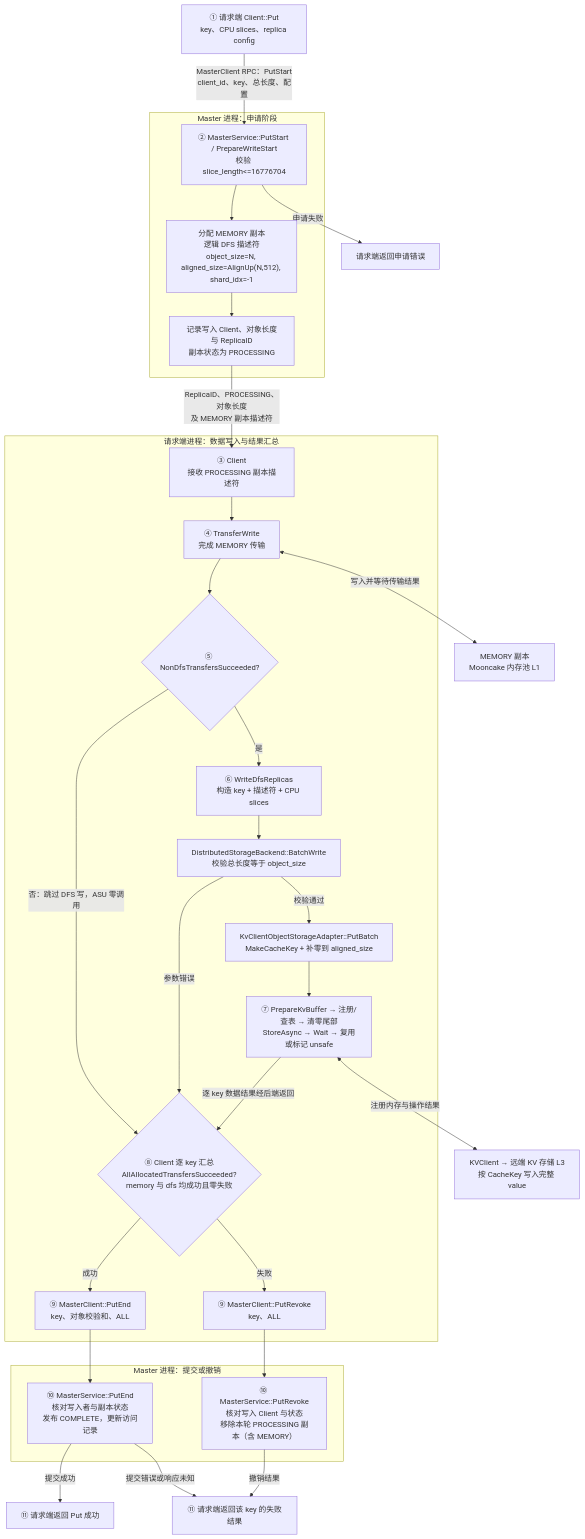
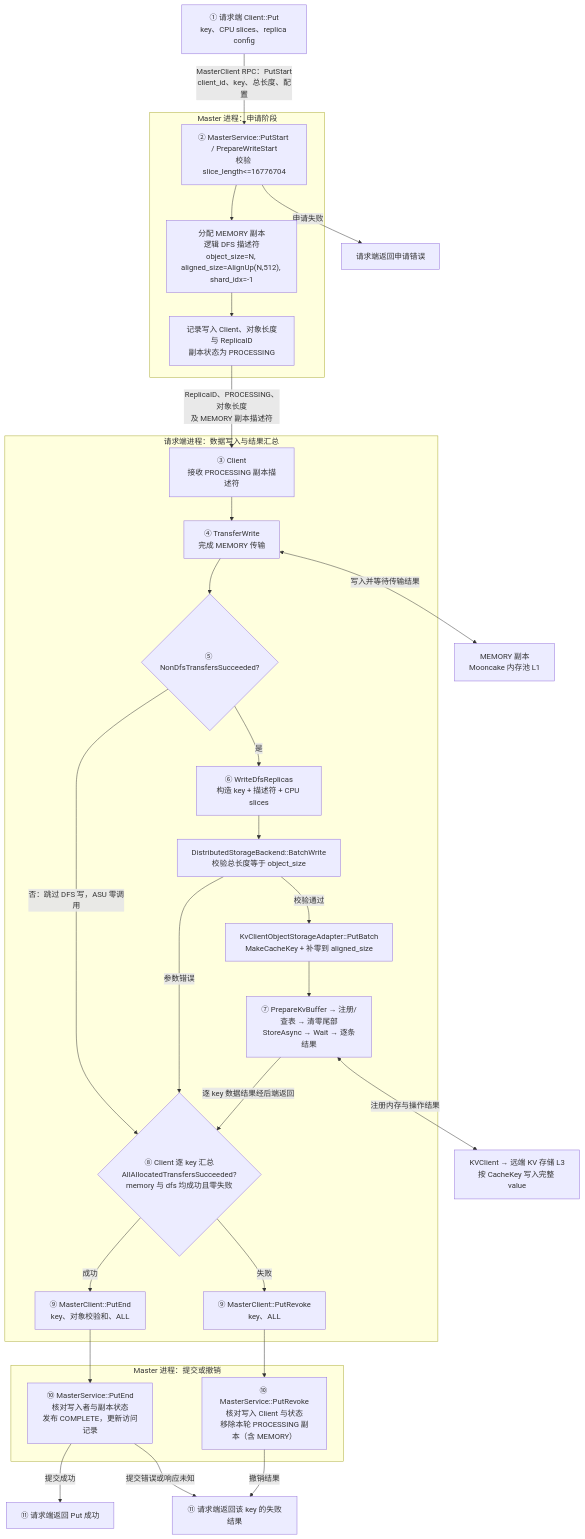
One commit to zwj20000328-dotcom/Mooncake-documents changed the fourth of 13 diagrams in Mooncake + KVClient L3 接入（Kvcs）- v3.md. Above: the diagram before and after it, drawn with Mermaid. The commit also changed other lines of this file, not shown here.

First line of the commit message:
docs: drop the unsafe marking and the adapter Shutdown helper

````diff
--- a/Mooncake + KVClient L3 接入（Kvcs）- v3.md
+++ b/Mooncake + KVClient L3 接入（Kvcs）- v3.md
@@ -321,60 +319,60 @@
 ```mermaid
 flowchart TB
     C1["① 请求端 Client::Put<br/>key、CPU slices、replica config"]
 
     subgraph MasterStart["Master 进程：申请阶段"]
         START["② MasterService::PutStart / PrepareWriteStart<br/>校验 slice_length<=16776704"]
         ALLOC["分配 MEMORY 副本<br/>逻辑 DFS 描述符<br/>object_size=N, aligned_size=AlignUp(N,512), shard_idx=-1"]
         META["记录写入 Client、对象长度与 ReplicaID<br/>副本状态为 PROCESSING"]
 
         START --> ALLOC
         ALLOC --> META
     end
 
     subgraph Request["请求端进程：数据写入与结果汇总"]
         C2["③ Client<br/>接收 PROCESSING 副本描述符"]
         T["④ TransferWrite<br/>完成 MEMORY 传输"]
         GATE{"⑤ NonDfsTransfersSucceeded?"}
         W["⑥ WriteDfsReplicas<br/>构造 key + 描述符 + CPU slices"]
         B["DistributedStorageBackend::BatchWrite<br/>校验总长度等于 object_size"]
         O["KvClientObjectStorageAdapter::PutBatch<br/>MakeCacheKey + 补零到 aligned_size"]
-        D["⑦ PrepareKvBuffer → 注册/查表 → 清零尾部<br/>StoreAsync → Wait → 复用或标记 unsafe"]
+        D["⑦ PrepareKvBuffer → 注册/查表 → 清零尾部<br/>StoreAsync → Wait → 逐条结果"]
         J{"⑧ Client 逐 key 汇总<br/>AllAllocatedTransfersSucceeded?<br/>memory 与 dfs 均成功且零失败"}
         END["⑨ MasterClient::PutEnd<br/>key、对象校验和、ALL"]
         REVOKE["⑨ MasterClient::PutRevoke<br/>key、ALL"]
 
         C2 --> T
         T --> GATE
         GATE -->|"是"| W
         GATE -->|"否：跳过 DFS 写，ASU 零调用"| J
         W --> B
         B -->|"校验通过"| O
         B -->|"参数错误"| J
         O --> D
         D -->|"逐 key 数据结果经后端返回"| J
         J -->|"成功"| END
         J -->|"失败"| REVOKE
     end
 
     subgraph MasterFinish["Master 进程：提交或撤销"]
         COMMIT["⑩ MasterService::PutEnd<br/>核对写入者与副本状态<br/>发布 COMPLETE，更新访问记录"]
         ABORT["⑩ MasterService::PutRevoke<br/>核对写入 Client 与状态<br/>移除本轮 PROCESSING 副本（含 MEMORY）"]
     end
 
     OK["⑪ 请求端返回 Put 成功"]
     FAIL["⑪ 请求端返回该 key 的失败结果"]
     REJECT["请求端返回申请错误"]
     RAM["MEMORY 副本<br/>Mooncake 内存池 L1"]
     S["KVClient → 远端 KV 存储 L3<br/>按 CacheKey 写入完整 value"]
 
     C1 -->|"MasterClient RPC：PutStart<br/>client_id、key、总长度、配置"| START
     START -->|"申请失败"| REJECT
     META -->|"ReplicaID、PROCESSING、对象长度<br/>及 MEMORY 副本描述符"| C2
     T <-->|"写入并等待传输结果"| RAM
     D <-->|"注册内存与操作结果"| S
     END --> COMMIT
     COMMIT -->|"提交成功"| OK
     COMMIT -->|"提交错误或响应未知"| FAIL
     REVOKE --> ABORT
     ABORT -->|"撤销结果"| FAIL
 ```
````
